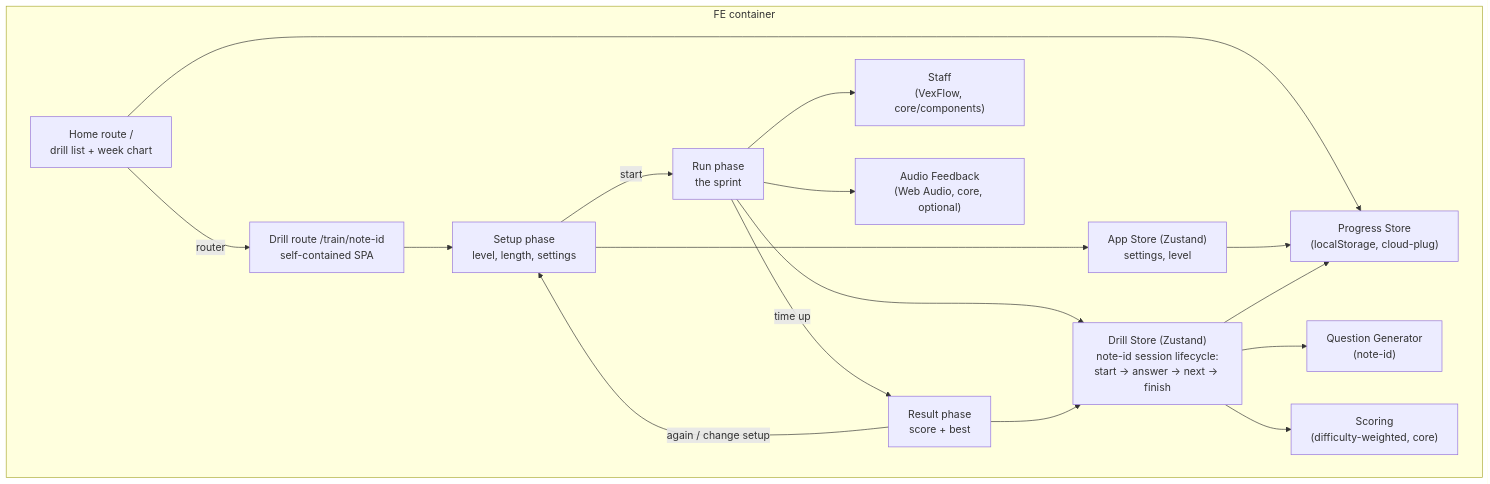
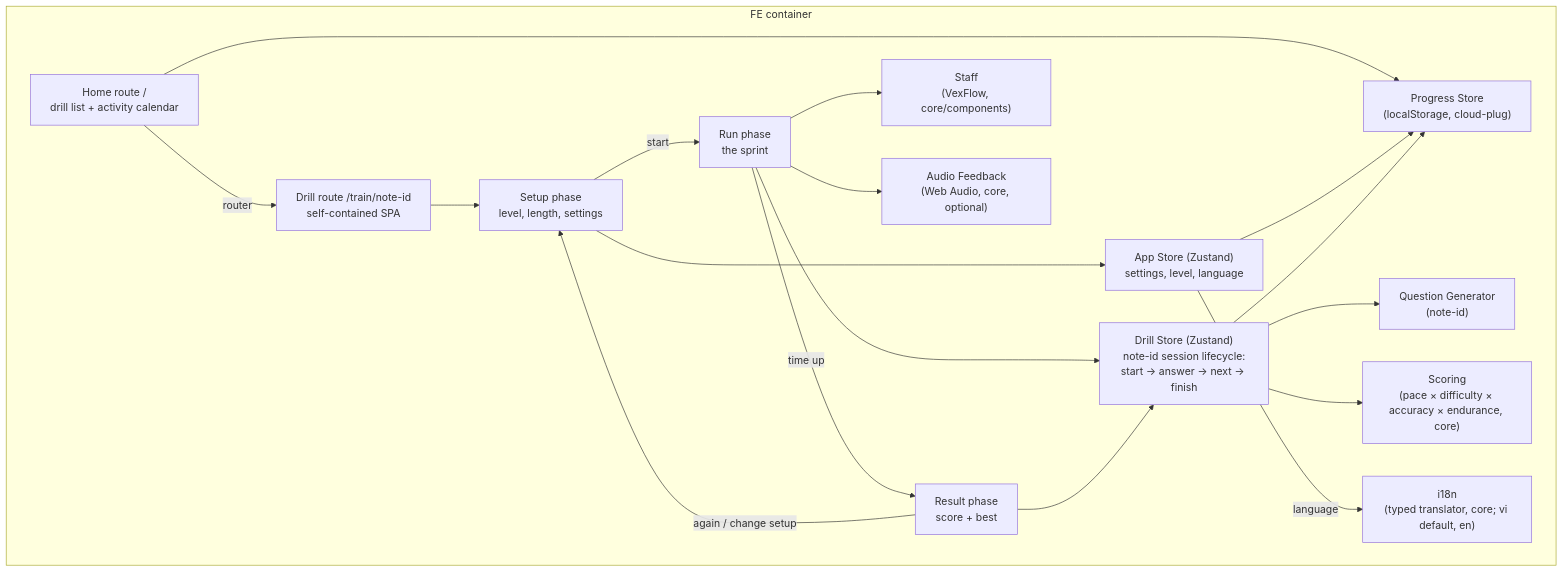
Before and after one commit to thewind121212/musoni: the third of 4 diagrams in docs/summary.md, drawn with Mermaid. The commit also changed other lines of this file and 6 other files, not shown here.

````diff
--- a/docs/summary.md
+++ b/docs/summary.md
@@ -51,34 +51,36 @@
 ```mermaid
 graph TB
   subgraph "FE container"
-    HOME["Home route /<br/>drill list + week chart"]
+    HOME["Home route /<br/>drill list + activity calendar"]
     DRILLROUTE["Drill route /train/note-id<br/>self-contained SPA"]
     SETUP["Setup phase<br/>level, length, settings"]
     RUN["Run phase<br/>the sprint"]
     RESULT["Result phase<br/>score + best"]
 
-    APPSTORE["App Store (Zustand)<br/>settings, level"]
+    APPSTORE["App Store (Zustand)<br/>settings, level, language"]
+    I18N["i18n<br/>(typed translator, core; vi default, en)"]
     DRILLSTORE["Drill Store (Zustand)<br/>note-id session lifecycle:<br/>start → answer → next → finish"]
     GEN["Question Generator<br/>(note-id)"]
     REND["Staff<br/>(VexFlow, core/components)"]
-    SCORE["Scoring<br/>(difficulty-weighted, core)"]
+    SCORE["Scoring<br/>(pace × difficulty × accuracy × endurance, core)"]
     STORE["Progress Store<br/>(localStorage, cloud-plug)"]
     AUDIO["Audio Feedback<br/>(Web Audio, core, optional)"]
 
     HOME -->|router| DRILLROUTE
     DRILLROUTE --> SETUP
     SETUP -->|start| RUN
     RUN -->|time up| RESULT
     RESULT -->|again / change setup| SETUP
     SETUP --> APPSTORE
     RUN --> DRILLSTORE
     RUN --> REND
     RUN --> AUDIO
     RESULT --> DRILLSTORE
     HOME --> STORE
     APPSTORE --> STORE
     DRILLSTORE --> GEN
     DRILLSTORE --> SCORE
     DRILLSTORE --> STORE
+    APPSTORE -->|language| I18N
   end
 ```
````
